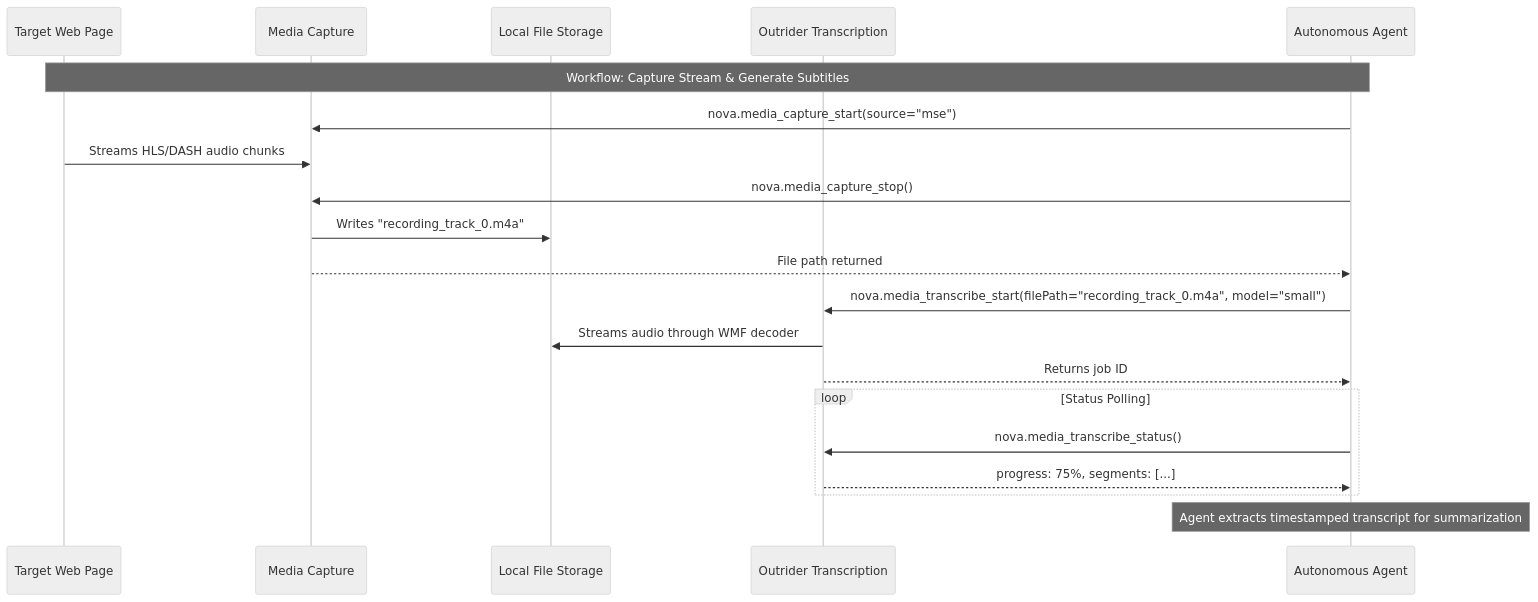
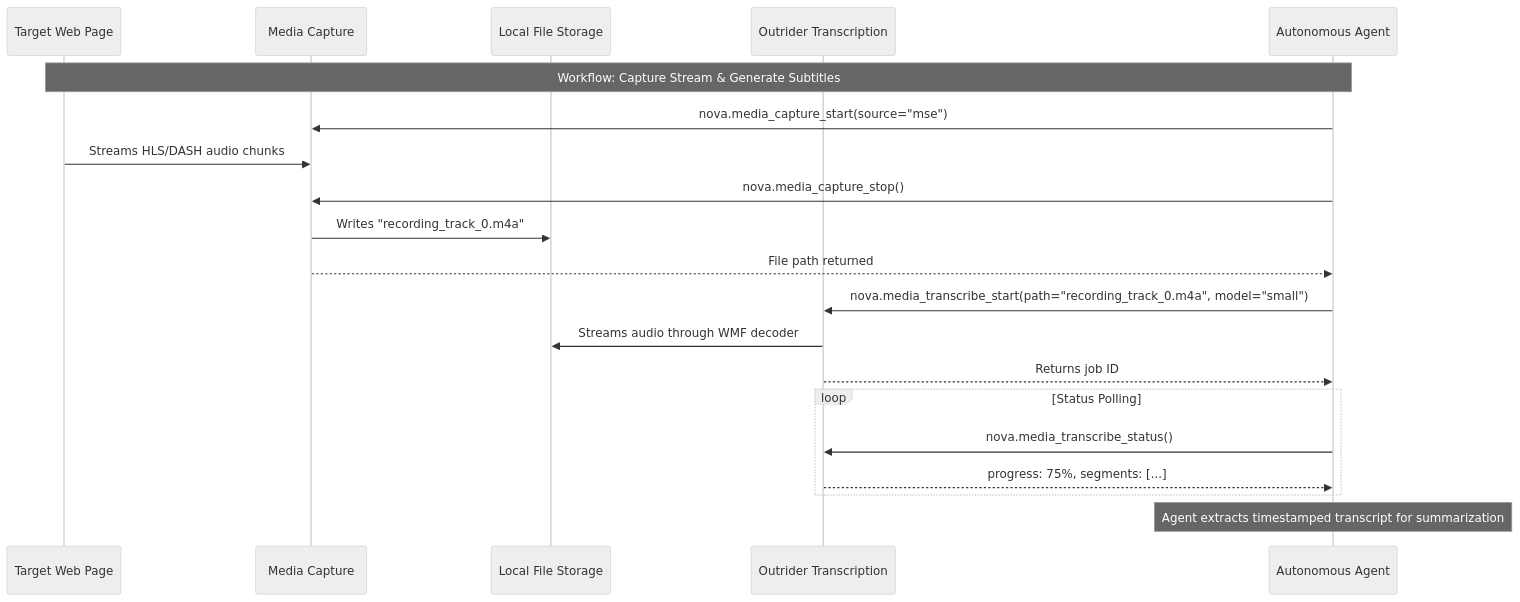
The second of 2 diagrams in docs/core-features/media-intelligence/README.md (joelaniol/nova), drawn with Mermaid (neutral theme) before and after one commit. The commit also changed 27 other files, not shown here.

Commit message:
docs(scheduled-tasks): expand architecture reference with triggers, executors, and workspaces

````diff
--- a/docs/core-features/media-intelligence/README.md
+++ b/docs/core-features/media-intelligence/README.md
@@ -92,26 +92,26 @@
 ```mermaid
 sequenceDiagram
     participant Web as Target Web Page
     participant Capture as Media Capture
     participant Disk as Local File Storage
     participant Transcribe as Outrider Transcription
     participant Agent as Autonomous Agent
 
     Note over Web,Agent: Workflow: Capture Stream & Generate Subtitles
     Agent->>Capture: nova.media_capture_start(source="mse")
     Web->>Capture: Streams HLS/DASH audio chunks
     Agent->>Capture: nova.media_capture_stop()
     Capture->>Disk: Writes "recording_track_0.m4a"
     Capture-->>Agent: File path returned
 
-    Agent->>Transcribe: nova.media_transcribe_start(filePath="recording_track_0.m4a", model="small")
+    Agent->>Transcribe: nova.media_transcribe_start(path="recording_track_0.m4a", model="small")
     Transcribe->>Disk: Streams audio through WMF decoder
     Transcribe-->>Agent: Returns job ID
 
     loop Status Polling
         Agent->>Transcribe: nova.media_transcribe_status()
         Transcribe-->>Agent: progress: 75%, segments: [...]
     end
 
     Note over Agent: Agent extracts timestamped transcript for summarization
 ```
````
